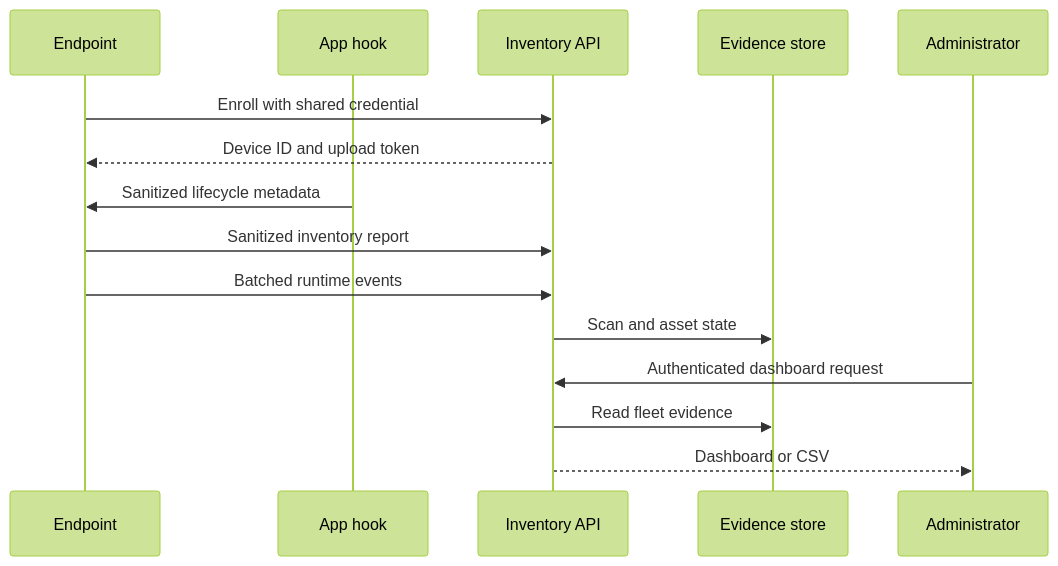
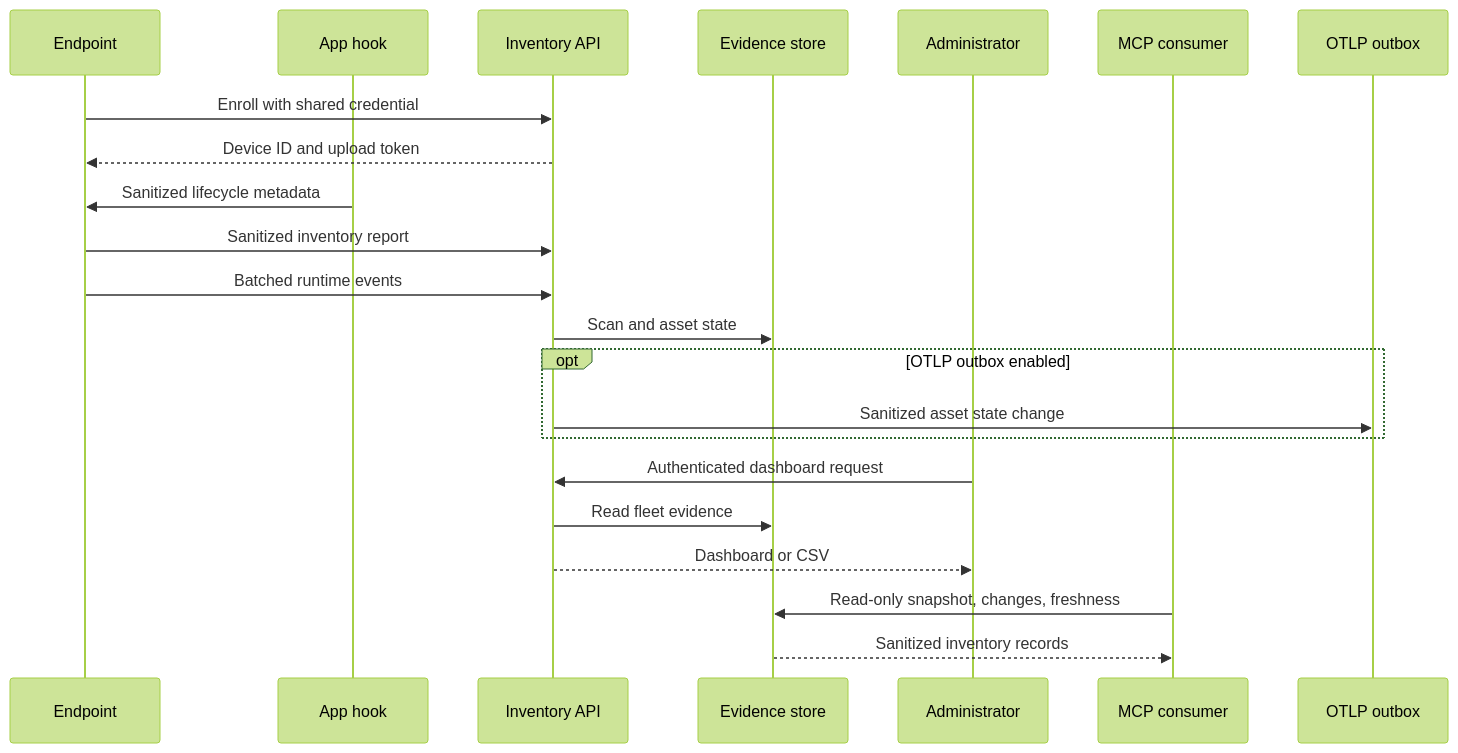
Before and after one commit to edgedisco/edgedisco: the diagram in docs/architecture.md, drawn with Mermaid (forest theme). The commit also changed other lines of this file and 18 other files, not shown here.

Commit message:
Harden MCP inventory sync and OTLP projection

````diff
--- a/docs/architecture.md
+++ b/docs/architecture.md
@@ -47,17 +65,24 @@
 ```mermaid
 sequenceDiagram
   participant E as Endpoint
   participant H as App hook
   participant API as Inventory API
   participant DB as Evidence store
   participant A as Administrator
+  participant M as MCP consumer
+  participant O as OTLP outbox
   E->>API: Enroll with shared credential
   API-->>E: Device ID and upload token
   H->>E: Sanitized lifecycle metadata
   E->>API: Sanitized inventory report
   E->>API: Batched runtime events
   API->>DB: Scan and asset state
+  opt OTLP outbox enabled
+    API->>O: Sanitized asset state change
+  end
   A->>API: Authenticated dashboard request
   API->>DB: Read fleet evidence
   API-->>A: Dashboard or CSV
+  M->>DB: Read-only snapshot, changes, freshness
+  DB-->>M: Sanitized inventory records
 ```
````
